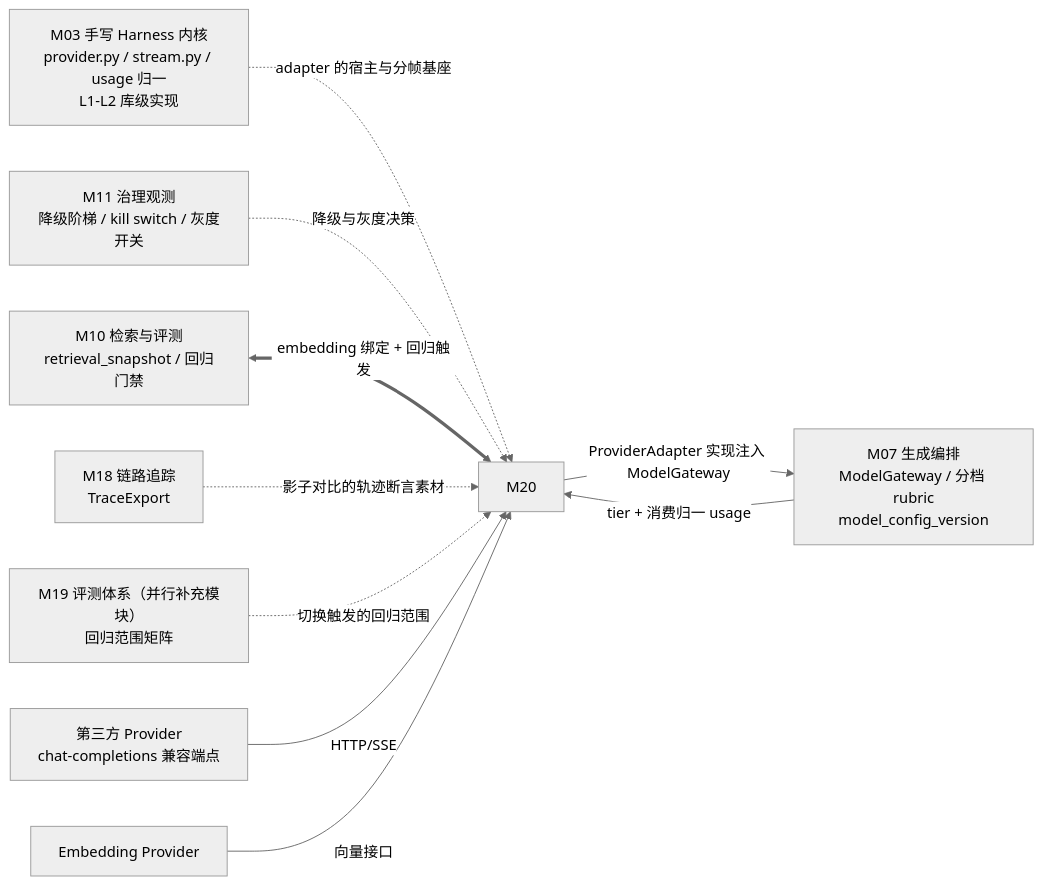
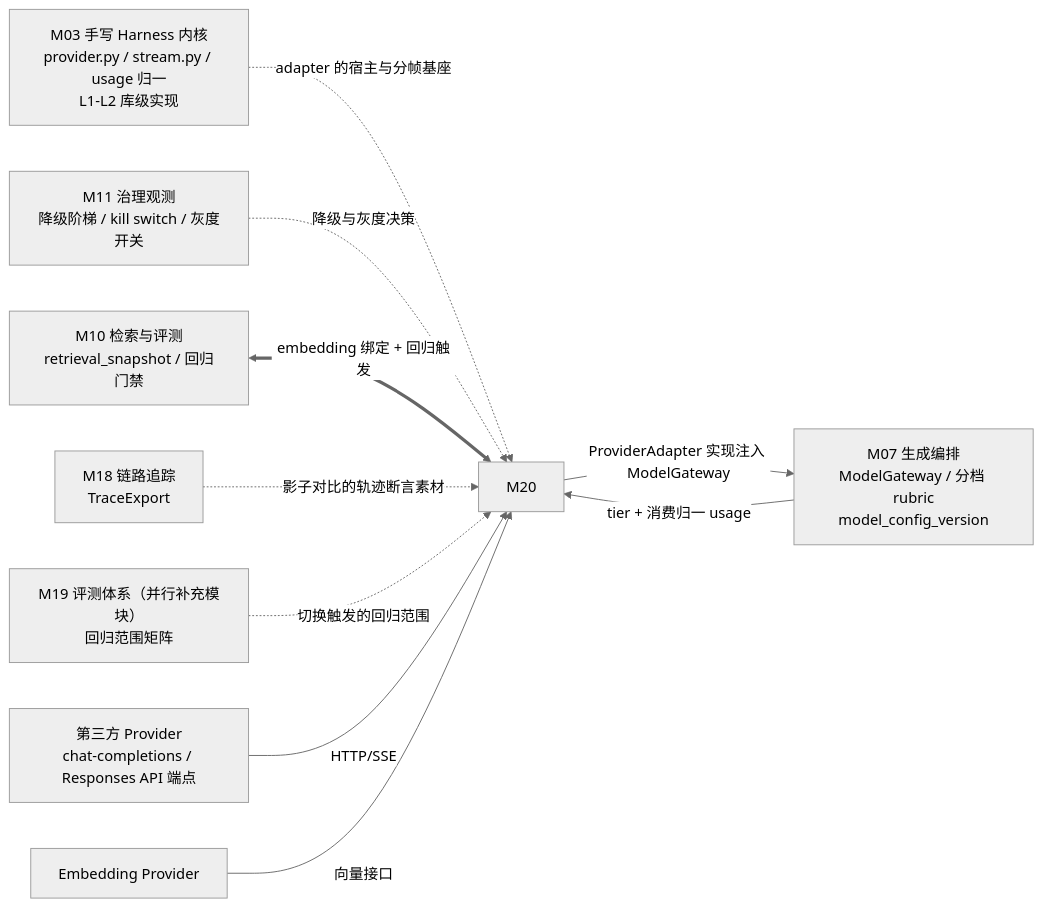
Before and after one commit to sao-lang/widget-pilot: the first of 3 diagrams in docs/modules/M20-LLMProvider模型接入与切换.md, drawn with Mermaid (neutral theme). The commit also changed other lines of this file and 4 other files, not shown here.

Commit message:
docs(model): 设计 Responses API 双 wire 接入并标注 CI 暂不启用

````diff
--- a/docs/modules/M20-LLMProvider模型接入与切换.md
+++ b/docs/modules/M20-LLMProvider模型接入与切换.md
@@ -54,12 +56,12 @@
 ```mermaid
 flowchart LR
   M03["M03 手写 Harness 内核\nprovider.py / stream.py / usage 归一\nL1-L2 库级实现"] -.adapter 的宿主与分帧基座.-> M20
   M07["M07 生成编排\nModelGateway / 分档 rubric\nmodel_config_version"] -->|tier + 消费归一 usage| M20
   M20 -->|ProviderAdapter 实现注入 ModelGateway| M07
   M11["M11 治理观测\n降级阶梯 / kill switch / 灰度开关"] -.降级与灰度决策.-> M20
   M10["M10 检索与评测\nretrieval_snapshot / 回归门禁"] <==>|embedding 绑定 + 回归触发| M20
   M18["M18 链路追踪\nTraceExport"] -.影子对比的轨迹断言素材.-> M20
   M19["M19 评测体系（并行补充模块）\n回归范围矩阵"] -.切换触发的回归范围.-> M20
-  LLM["第三方 Provider\nchat-completions 兼容端点"] -->|HTTP/SSE| M20
+  LLM["第三方 Provider\nchat-completions / Responses API 端点"] -->|HTTP/SSE| M20
   EMB["Embedding Provider"] -->|向量接口| M20
 ```
````
